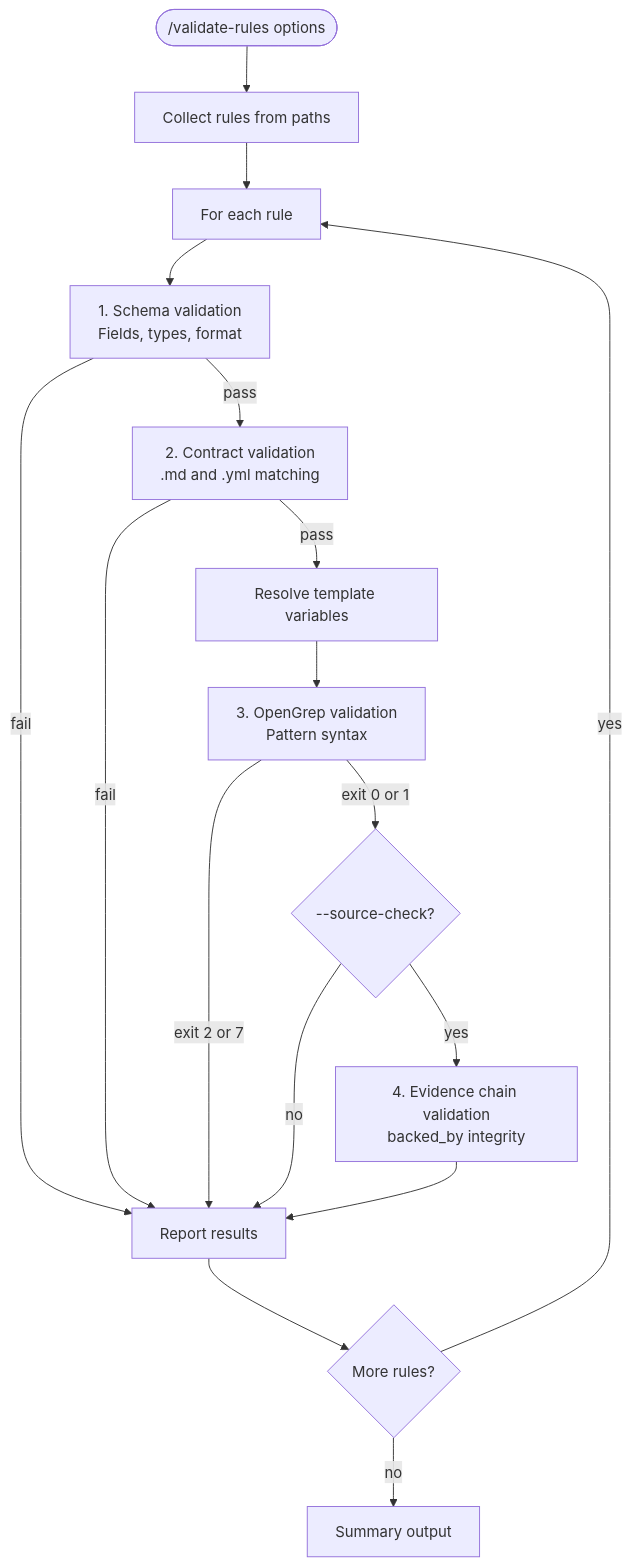
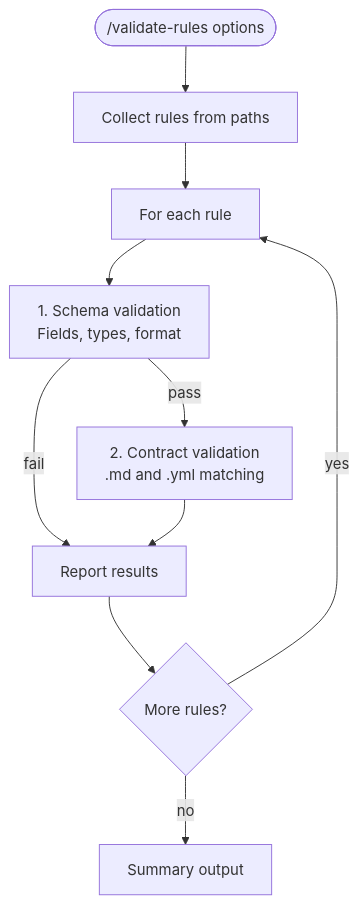
The diagram in .claude/skills/validate-rules/workflow.md (reporails/rules), drawn with Mermaid before and after one commit. The commit also changed other lines of this file and 27 other files, not shown here.

````diff
--- a/.claude/skills/validate-rules/workflow.md
+++ b/.claude/skills/validate-rules/workflow.md
@@ -3,19 +3,12 @@
 ```mermaid
 flowchart TD
     START([/validate-rules options]) --> COLLECT[Collect rules from paths]
     COLLECT --> LOOP[For each rule]
     LOOP --> SCHEMA[1. Schema validation<br/>Fields, types, format]
     SCHEMA -->|fail| REPORT
     SCHEMA -->|pass| CONTRACT[2. Contract validation<br/>.md and .yml matching]
-    CONTRACT -->|fail| REPORT
-    CONTRACT -->|pass| RESOLVE[Resolve template variables]
-    RESOLVE --> OPENGREP[3. OpenGrep validation<br/>Pattern syntax]
-    OPENGREP -->|exit 2 or 7| REPORT
-    OPENGREP -->|exit 0 or 1| SOURCE{--source-check?}
-    SOURCE -->|yes| EVIDENCE[4. Evidence chain validation<br/>backed_by integrity]
-    SOURCE -->|no| REPORT
-    EVIDENCE --> REPORT[Report results]
+    CONTRACT --> REPORT[Report results]
     REPORT --> NEXT{More rules?}
     NEXT -->|yes| LOOP
     NEXT -->|no| SUMMARY[Summary output]
 ```
````
